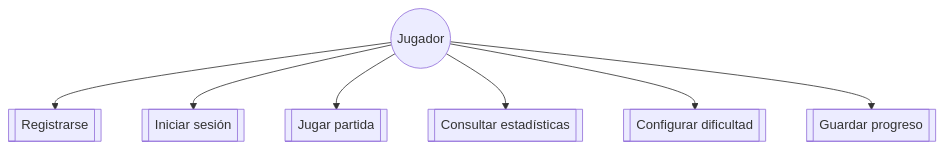
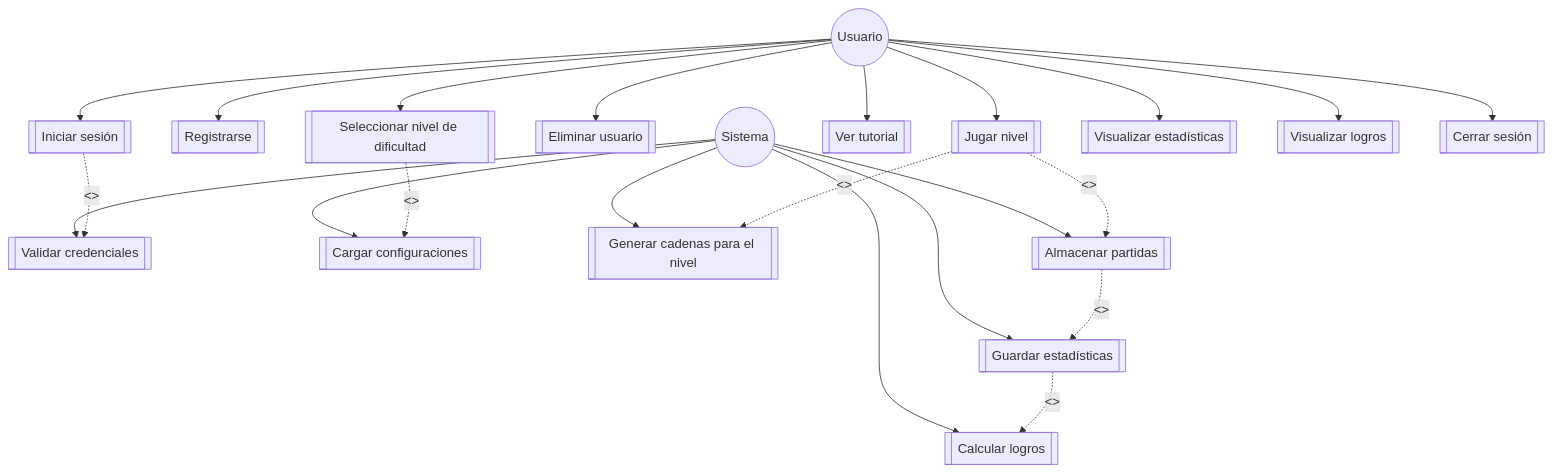
One commit to ilatorremembrado/CastilloQWERTY changed the third of 6 diagrams in README.md. Above: the diagram before and after it, drawn with Mermaid. The commit also changed other lines of this file, not shown here.

````diff
--- a/README.md
+++ b/README.md
@@ -15,17 +90,53 @@
 ```mermaid
 graph TD
-    Jugador((Jugador))
+    %% Actores
+    Jugador((Usuario))
+    Sistema((Sistema))
+
+    %% Casos de uso del Usuario
     Registrarse[[Registrarse]]
     IniciarSesion[[Iniciar sesión]]
-    JugarPartida[[Jugar partida]]
-    ConsultarEstadisticas[[Consultar estadísticas]]
-    ConfigurarDificultad[[Configurar dificultad]]
-    GuardarProgreso[[Guardar progreso]]
+    EliminarUsuario[[Eliminar usuario]]
+    SeleccionarDificultad[[Seleccionar nivel de dificultad]]
+    VerTutorial[[Ver tutorial]]
+    JugarNivel[[Jugar nivel]]
+    VisualizarEstadisticas[[Visualizar estadísticas]]
+    VisualizarLogros[[Visualizar logros]]
+    CerrarSesion[[Cerrar sesión]]
 
+    %% Casos de uso del Sistema
+    ValidarCredenciales[[Validar credenciales]]
+    CargarConfiguraciones[[Cargar configuraciones]]
+    GenerarCadenas[[Generar cadenas para el nivel]]
+    AlmacenarPartidas[[Almacenar partidas]]
+    GuardarEstadisticas[[Guardar estadísticas]]
+    CalcularLogros[[Calcular logros]]
+
+    %% Relaciones Usuario → Casos
     Jugador --> Registrarse
     Jugador --> IniciarSesion
-    Jugador --> JugarPartida
-    Jugador --> ConsultarEstadisticas
-    Jugador --> ConfigurarDificultad
-    Jugador --> GuardarProgreso
+    Jugador --> EliminarUsuario
+    Jugador --> SeleccionarDificultad
+    Jugador --> VerTutorial
+    Jugador --> JugarNivel
+    Jugador --> VisualizarEstadisticas
+    Jugador --> VisualizarLogros
+    Jugador --> CerrarSesion
+
+    %% Relaciones Sistema → Casos internos
+    Sistema --> ValidarCredenciales
+    Sistema --> CargarConfiguraciones
+    Sistema --> GenerarCadenas
+    Sistema --> AlmacenarPartidas
+    Sistema --> GuardarEstadisticas
+    Sistema --> CalcularLogros
+
+    %% Relaciones «include»
+    IniciarSesion -.->|<<include>>| ValidarCredenciales
+    SeleccionarDificultad -.->|<<include>>| CargarConfiguraciones
+    JugarNivel -.->|<<include>>| GenerarCadenas
+    JugarNivel -.->|<<include>>| AlmacenarPartidas
+    AlmacenarPartidas -.->|<<include>>| GuardarEstadisticas
+    GuardarEstadisticas -.->|<<include>>| CalcularLogros
+
 ```
````
